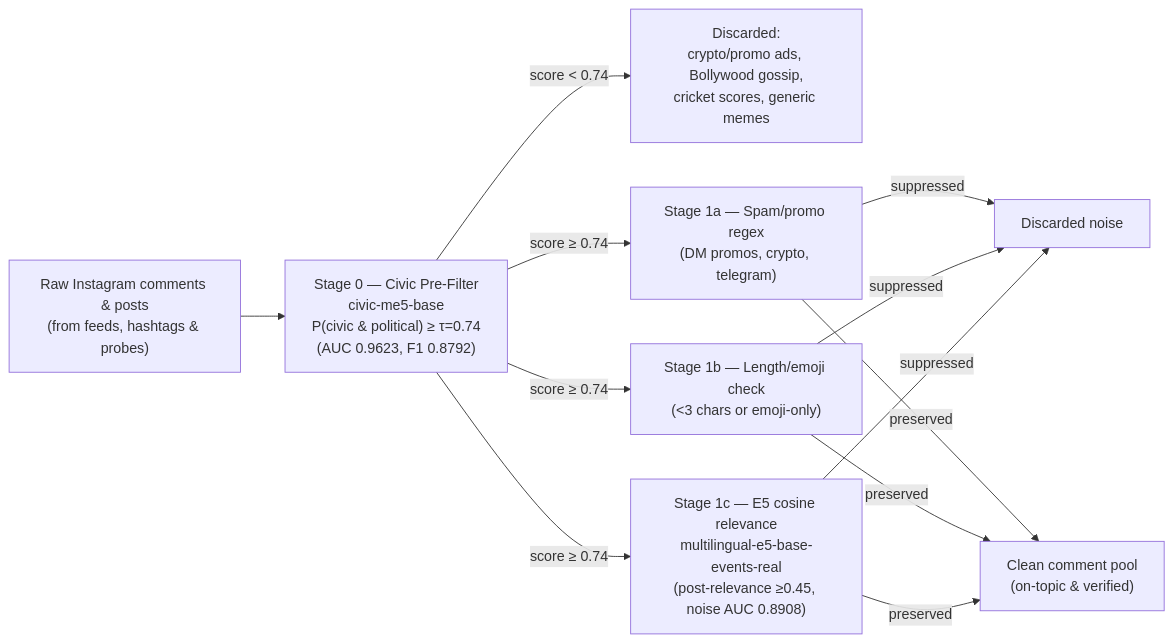
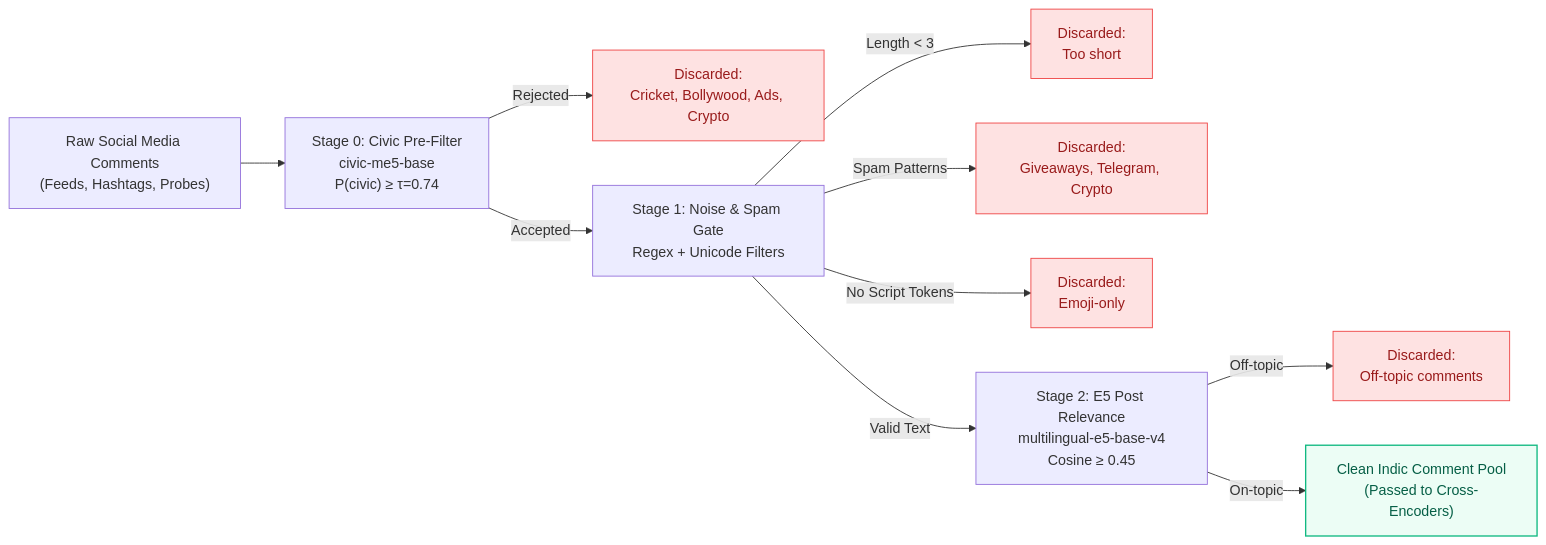
Before and after one commit to shankha06/identify-what-matters: the eighth of 18 diagrams in docs/ARCHITECTURE.md, drawn with Mermaid. The commit also changed other lines of this file and 21 other files, not shown here.

````diff
--- a/docs/ARCHITECTURE.md
+++ b/docs/ARCHITECTURE.md
@@ -223,12 +394,19 @@
 ```mermaid
 flowchart LR
-    RAW_C["Raw Instagram comments & posts<br/>(from feeds, hashtags & probes)"] --> CIVIC_M["Stage 0 — Civic Pre-Filter<br/>civic-me5-base<br/>P(civic &amp; political) &ge; &tau;=0.74<br/>(AUC 0.9623, F1 0.8792)"]
-    CIVIC_M -->|score &lt; 0.74| NON_CIV["Discarded:<br/>crypto/promo ads, Bollywood gossip,<br/>cricket scores, generic memes"]
+    RAW["Raw Social Media Comments<br/>(Feeds, Hashtags, Probes)"] --> S0["Stage 0: Civic Pre-Filter<br/>civic-me5-base<br/>P(civic) &ge; &tau;=0.74"]
+    S0 -->|Rejected| DROP0["Discarded:<br/>Cricket, Bollywood, Ads, Crypto"]
 
-    CIVIC_M -->|score &ge; 0.74| SPAM["Stage 1a — Spam/promo regex<br/>(DM promos, crypto, telegram)"]
-    CIVIC_M -->|score &ge; 0.74| SHORT["Stage 1b — Length/emoji check<br/>(&lt;3 chars or emoji-only)"]
-    CIVIC_M -->|score &ge; 0.74| E5_SIM["Stage 1c — E5 cosine relevance<br/>multilingual-e5-base-events-real<br/>(post-relevance &ge;0.45, noise AUC 0.8908)"]
+    S0 -->|Accepted| S1["Stage 1: Noise & Spam Gate<br/>Regex + Unicode Filters"]
+    S1 -->|Length < 3| DROP1["Discarded:<br/>Too short"]
+    S1 -->|Spam Patterns| DROP2["Discarded:<br/>Giveaways, Telegram, Crypto"]
+    S1 -->|No Script Tokens| DROP3["Discarded:<br/>Emoji-only"]
 
-    SPAM & SHORT & E5_SIM -->|suppressed| DROPPED["Discarded noise"]
-    SPAM & SHORT & E5_SIM -->|preserved| CLEAN["Clean comment pool<br/>(on-topic & verified)"]
+    S1 -->|Valid Text| S2["Stage 2: E5 Post Relevance<br/>multilingual-e5-base-v4<br/>Cosine &ge; 0.45"]
+    S2 -->|Off-topic| DROP4["Discarded:<br/>Off-topic comments"]
+    S2 -->|On-topic| CLEAN["Clean Indic Comment Pool<br/>(Passed to Cross-Encoders)"]
+
+    classDef dropStyle fill:#fee2e2,stroke:#ef4444,stroke-width:1px,color:#991b1b;
+    classDef passStyle fill:#ecfdf5,stroke:#10b981,stroke-width:1.5px,color:#065f46;
+    class DROP0,DROP1,DROP2,DROP3,DROP4 dropStyle;
+    class CLEAN passStyle;
 ```
````
